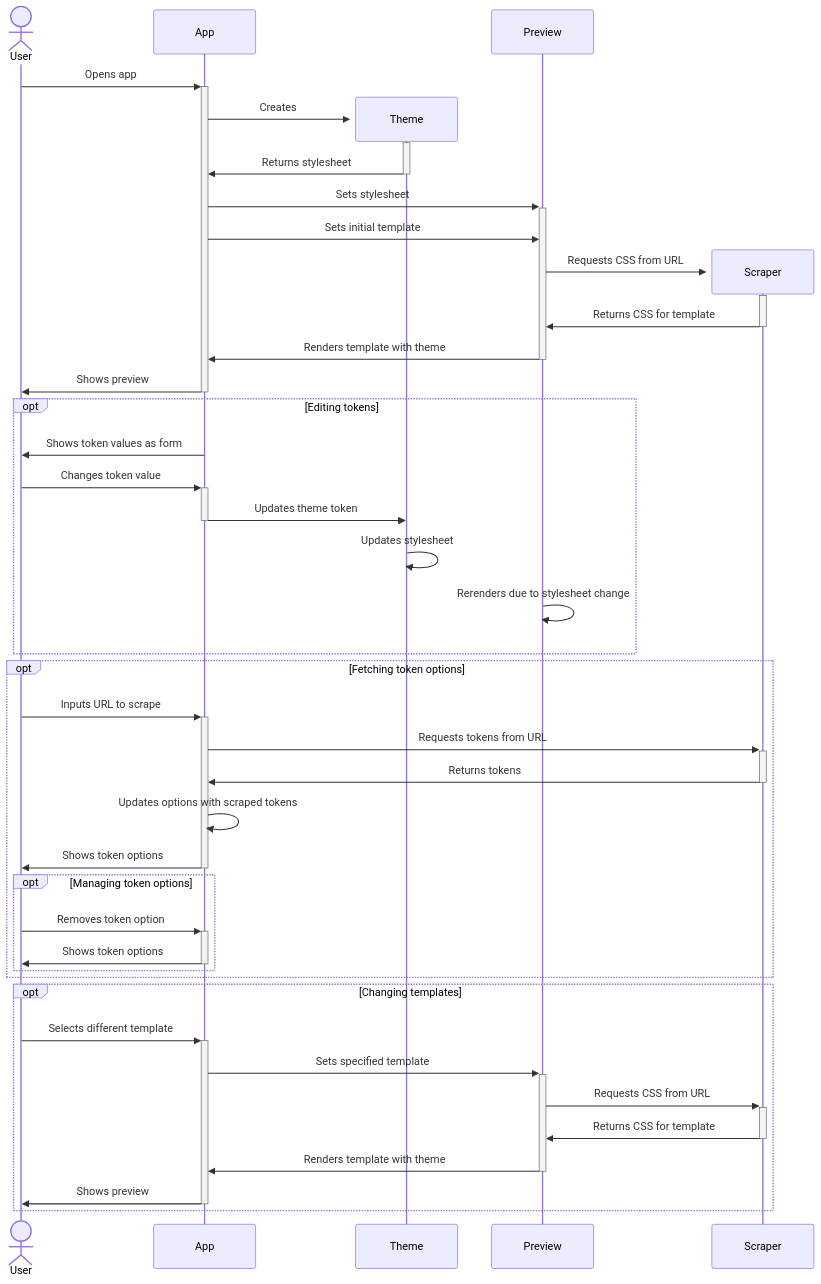
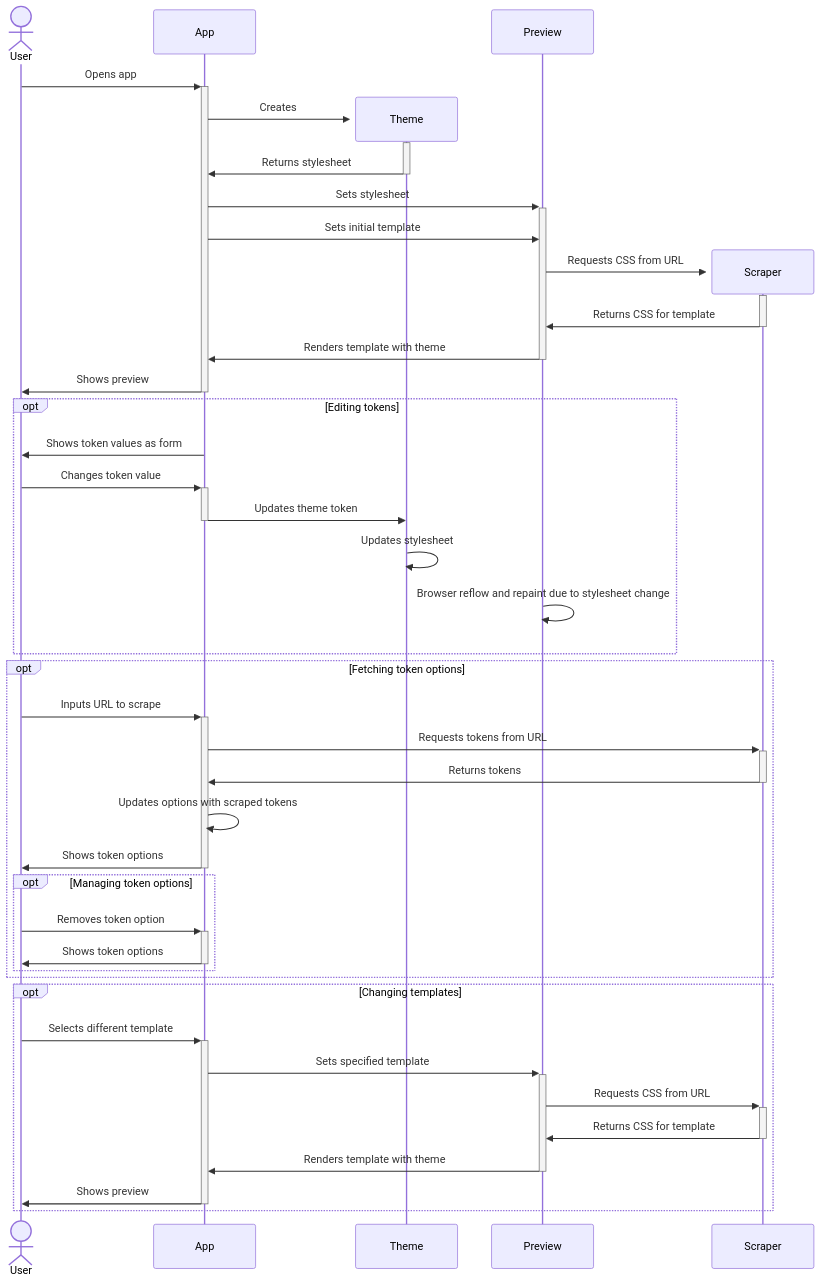
The first of 2 diagrams in docs/application-design.md (nl-design-system/theme-wizard), drawn with Mermaid before and after one commit.

Commit message:
docs(application-design): reword preview update

````diff
--- a/docs/application-design.md
+++ b/docs/application-design.md
@@ -8,44 +8,44 @@
 ```mermaid
 sequenceDiagram
   actor User
   User->>+App: Opens app
   create participant Theme
   App->>+Theme: Creates
   Theme->>-App: Returns stylesheet
   App->>+Preview: Sets stylesheet
   App->>Preview: Sets initial template
   create participant Scraper
   Preview->>+Scraper: Requests CSS from URL
   Scraper->>-Preview: Returns CSS for template
   Preview->>-App: Renders template with theme
   App->>-User: Shows preview
 
   opt Editing tokens
   App->>User: Shows token values as form
   User->>+App: Changes token value
   App->>-Theme: Updates theme token
   Theme->>Theme: Updates stylesheet
-  Preview->>Preview: Rerenders due to stylesheet change
+  Preview->>Preview: Browser reflow and repaint due to stylesheet change
   end
 
   opt Fetching token options
   User->>+App: Inputs URL to scrape
   App->>+Scraper: Requests tokens from URL
   Scraper->>-App: Returns tokens
   App->>App: Updates options with scraped tokens
   App->>-User: Shows token options
   opt Managing token options
   User->>+App: Removes token option
   App->>-User: Shows token options
   end
   end
 
   opt Changing templates
   User->>+App: Selects different template
   App->>+Preview: Sets specified template
   Preview->>+Scraper: Requests CSS from URL
   Scraper->>-Preview: Returns CSS for template
   Preview->>-App: Renders template with theme
   App->>-User: Shows preview
   end
 ```
````
